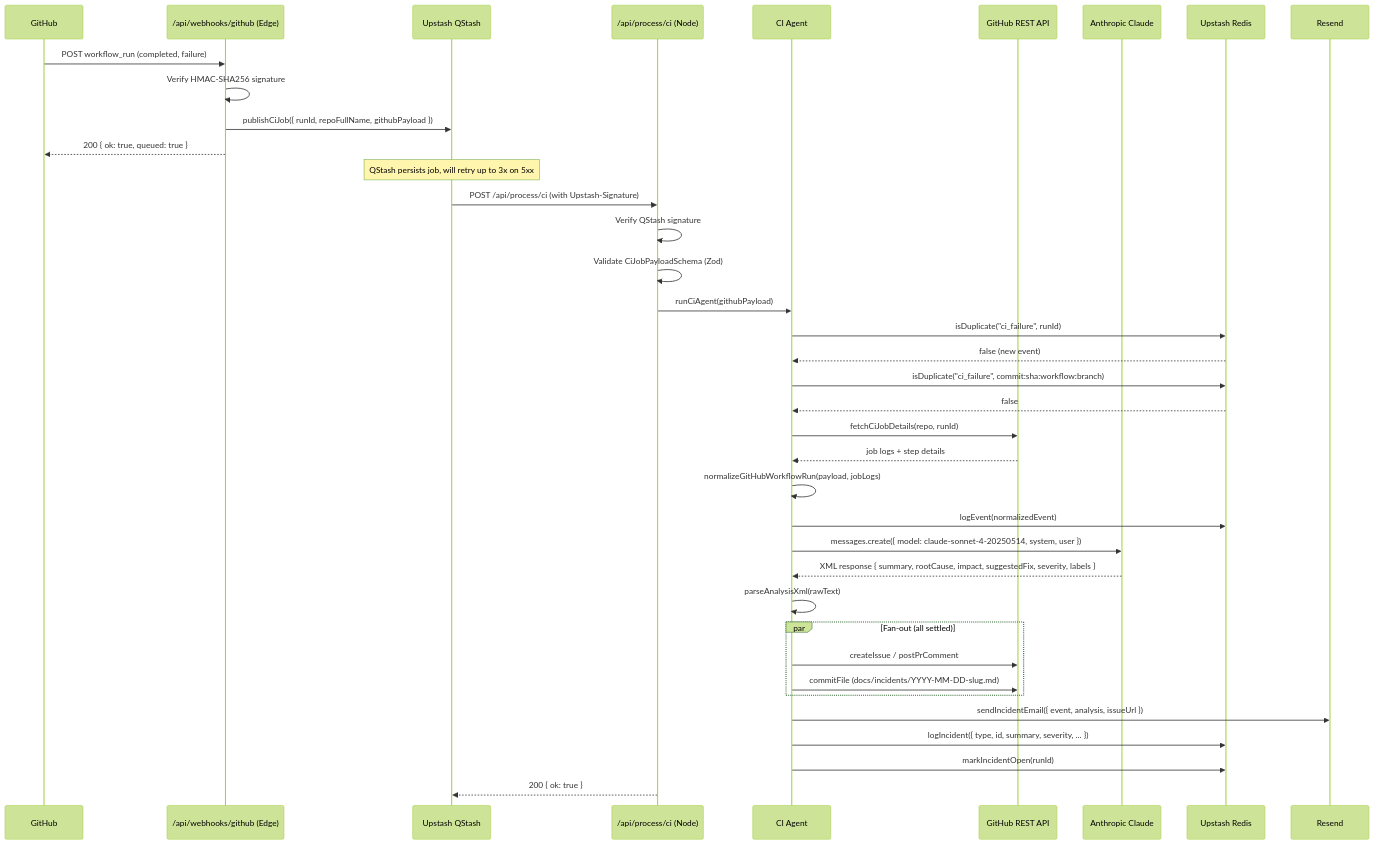
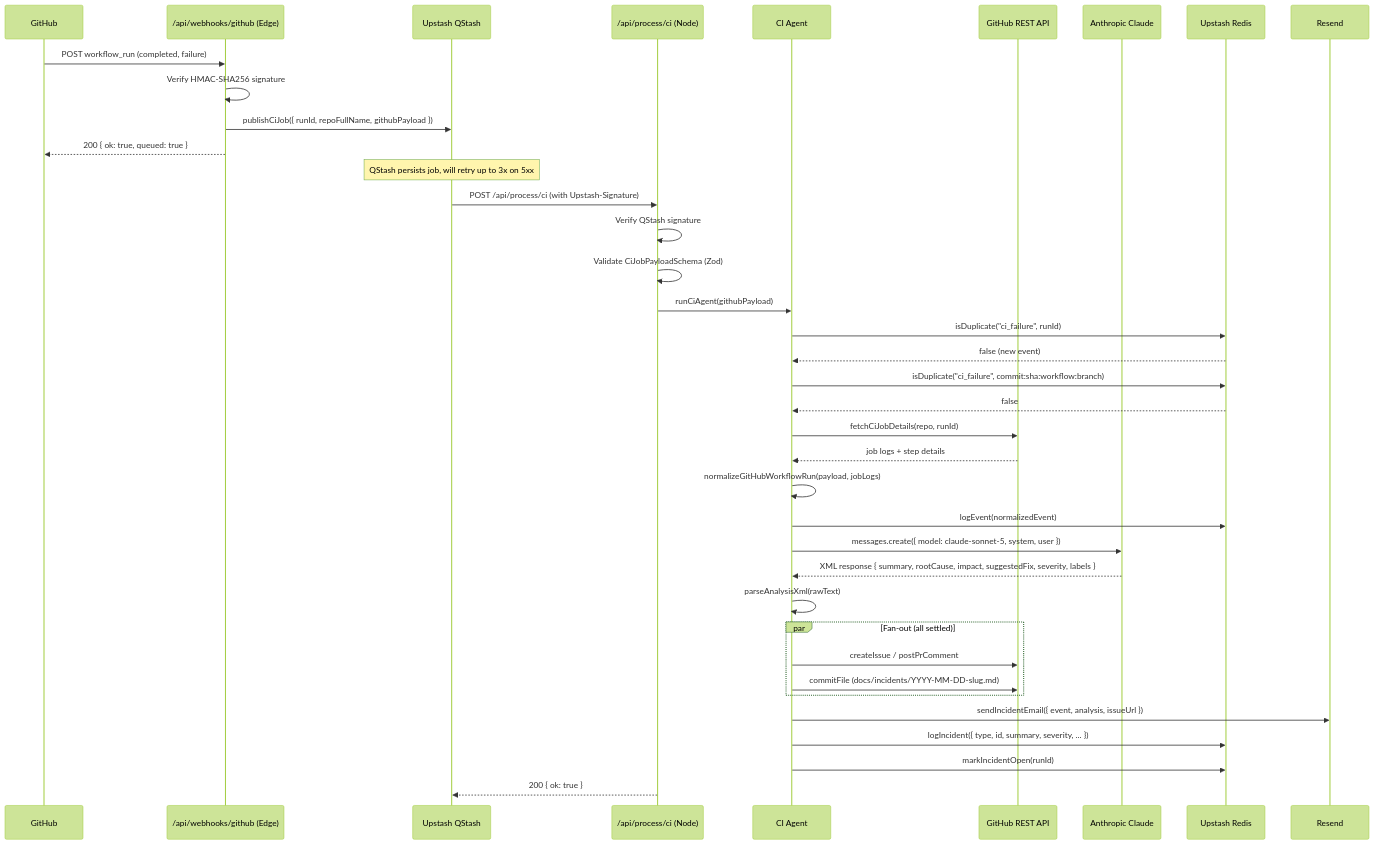
Before and after one commit to imperialcoal/dw-portfolio-platform: the third of 3 diagrams in docs/ARCHITECTURE.md, drawn with Mermaid (forest theme). The commit also changed other lines of this file and 4 other files, not shown here.

Commit message:
fix (llm): update anthropic llm model to claude-sonnet-5

````diff
--- a/docs/ARCHITECTURE.md
+++ b/docs/ARCHITECTURE.md
@@ -296,50 +296,50 @@
 ```mermaid
 sequenceDiagram
     participant GH as GitHub
     participant WHK as /api/webhooks/github (Edge)
     participant QS as Upstash QStash
     participant PCI as /api/process/ci (Node)
     participant CIA as CI Agent
     participant GHAPI as GitHub REST API
     participant ANT as Anthropic Claude
     participant RDS as Upstash Redis
     participant MSG as Resend
 
     GH->>WHK: POST workflow_run (completed, failure)
     WHK->>WHK: Verify HMAC-SHA256 signature
     WHK->>QS: publishCiJob({ runId, repoFullName, githubPayload })
     WHK-->>GH: 200 { ok: true, queued: true }
 
     Note over QS: QStash persists job, will retry up to 3x on 5xx
 
     QS->>PCI: POST /api/process/ci (with Upstash-Signature)
     PCI->>PCI: Verify QStash signature
     PCI->>PCI: Validate CiJobPayloadSchema (Zod)
     PCI->>CIA: runCiAgent(githubPayload)
 
     CIA->>RDS: isDuplicate("ci_failure", runId)
     RDS-->>CIA: false (new event)
     CIA->>RDS: isDuplicate("ci_failure", commit:sha:workflow:branch)
     RDS-->>CIA: false
 
     CIA->>GHAPI: fetchCiJobDetails(repo, runId)
     GHAPI-->>CIA: job logs + step details
 
     CIA->>CIA: normalizeGitHubWorkflowRun(payload, jobLogs)
     CIA->>RDS: logEvent(normalizedEvent)
 
-    CIA->>ANT: messages.create({ model: claude-sonnet-4-20250514, system, user })
+    CIA->>ANT: messages.create({ model: claude-sonnet-5, system, user })
     ANT-->>CIA: XML response { summary, rootCause, impact, suggestedFix, severity, labels }
     CIA->>CIA: parseAnalysisXml(rawText)
 
     par Fan-out (all settled)
         CIA->>GHAPI: createIssue / postPrComment
         CIA->>GHAPI: commitFile (docs/incidents/YYYY-MM-DD-slug.md)
     end
 
     CIA->>MSG: sendIncidentEmail({ event, analysis, issueUrl })
     CIA->>RDS: logIncident({ type, id, summary, severity, ... })
     CIA->>RDS: markIncidentOpen(runId)
 
     PCI-->>QS: 200 { ok: true }
 ```
````
